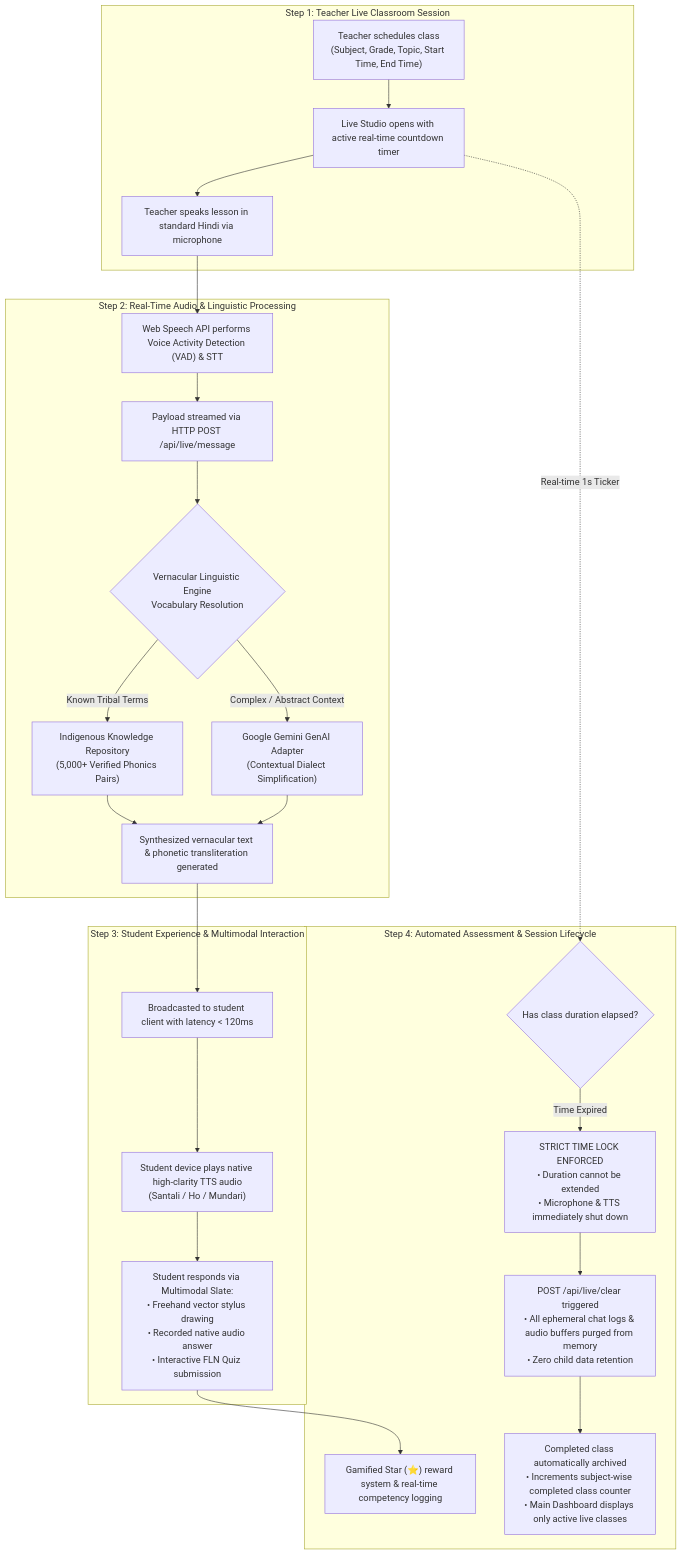
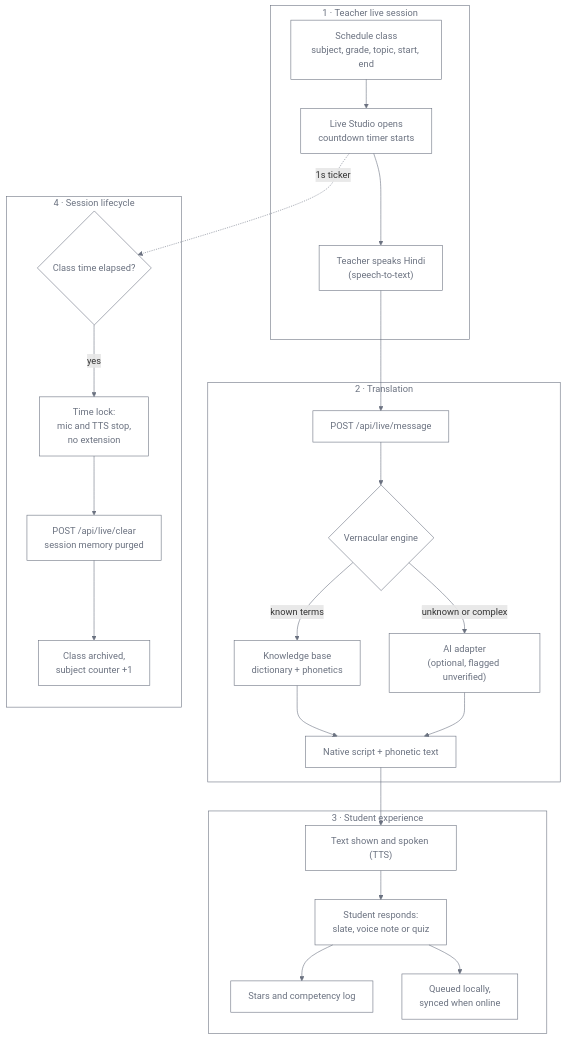
Before and after one commit to madhavisolanki-ui/Vaani: the first of 2 diagrams in README.md, drawn with Mermaid. The commit also changed other lines of this file, not shown here.

````diff
--- a/README.md
+++ b/README.md
@@ -68,31 +47,34 @@
 ```mermaid
 flowchart TD
-    subgraph Step1["Step 1: Teacher Live Classroom Session"]
-        A["Teacher schedules class<br/>(Subject, Grade, Topic, Start Time, End Time)"] --> B["Live Studio opens with active real-time countdown timer"]
-        B --> C["Teacher speaks lesson in standard Hindi via microphone"]
+    subgraph S1["1 · Teacher live session"]
+        A["Schedule class<br/>subject, grade, topic, start, end"] --> B["Live Studio opens<br/>countdown timer starts"]
+        B --> C["Teacher speaks Hindi<br/>(speech-to-text)"]
     end
-
-    subgraph Step2["Step 2: Real-Time Audio & Linguistic Processing"]
-        C --> D["Web Speech API performs Voice Activity Detection (VAD) & STT"]
-        D --> E["Payload streamed via HTTP POST /api/live/message"]
-        E --> F{"Vernacular Linguistic Engine<br/>Vocabulary Resolution"}
-        F -->|Known Tribal Terms| G["Indigenous Knowledge Repository<br/>(5,000+ Verified Phonics Pairs)"]
-        F -->|Complex / Abstract Context| H["Google Gemini GenAI Adapter<br/>(Contextual Dialect Simplification)"]
-        G --> I["Synthesized vernacular text & phonetic transliteration generated"]
-        H --> I
+    subgraph S2["2 · Translation"]
+        D["POST /api/live/message"] --> E{"Vernacular engine"}
+        E -->|known terms| F["Knowledge base<br/>dictionary + phonetics"]
+        E -->|unknown or complex| G["AI adapter<br/>(optional, flagged unverified)"]
+        F --> H["Native script + phonetic text"]
+        G --> H
     end
-
-    subgraph Step3["Step 3: Student Experience & Multimodal Interaction"]
-        I --> J["Broadcasted to student client with latency < 120ms"]
-        J --> K["Student device plays native high-clarity TTS audio<br/>(Santali / Ho / Mundari)"]
-        K --> L["Student responds via Multimodal Slate:<br/>• Freehand vector stylus drawing<br/>• Recorded native audio answer<br/>• Interactive FLN Quiz submission"]
+    subgraph S3["3 · Student experience"]
+        I["Text shown and spoken (TTS)"] --> J["Student responds:<br/>slate, voice note or quiz"]
+        J --> K["Stars and competency log"]
+        J --> P["Queued locally,<br/>synced when online"]
     end
-
-    subgraph Step4["Step 4: Automated Assessment & Session Lifecycle"]
-        L --> M["Gamified Star (⭐) reward system & real-time competency logging"]
-        B -.->|Real-time 1s Ticker| N{"Has class duration elapsed?"}
-        N -- "Time Expired" --> O["STRICT TIME LOCK ENFORCED<br/>• Duration cannot be extended<br/>• Microphone & TTS immediately shut down"]
-        O --> P["POST /api/live/clear triggered<br/>• All ephemeral chat logs & audio buffers purged from memory<br/>• Zero child data retention"]
-        P --> Q["Completed class automatically archived<br/>• Increments subject-wise completed class counter<br/>• Main Dashboard displays only active live classes"]
+    subgraph S4["4 · Session lifecycle"]
+        L{"Class time elapsed?"} -->|yes| M["Time lock:<br/>mic and TTS stop,<br/>no extension"]
+        M --> N["POST /api/live/clear<br/>session memory purged"]
+        N --> O["Class archived,<br/>subject counter +1"]
     end
+    C --> D
+    H --> I
+    B -.->|1s ticker| L
+    classDef plain fill:none,stroke:#6b7280,color:#6b7280
+    class A,B,C,D,E,F,G,H,I,J,K,L,M,N,O,P plain
+    style S1 fill:none,stroke:#6b7280,color:#6b7280
+    style S2 fill:none,stroke:#6b7280,color:#6b7280
+    style S3 fill:none,stroke:#6b7280,color:#6b7280
+    style S4 fill:none,stroke:#6b7280,color:#6b7280
+    linkStyle default stroke:#6b7280,fill:none
 ```
````
